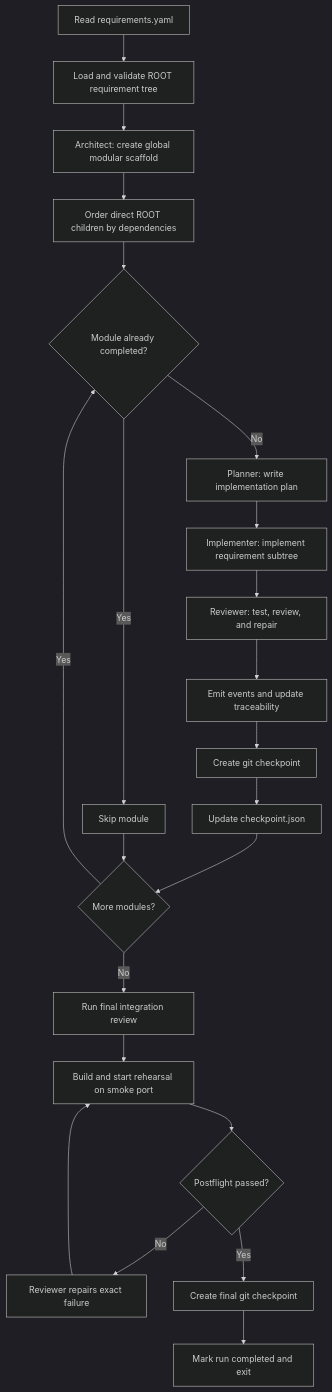
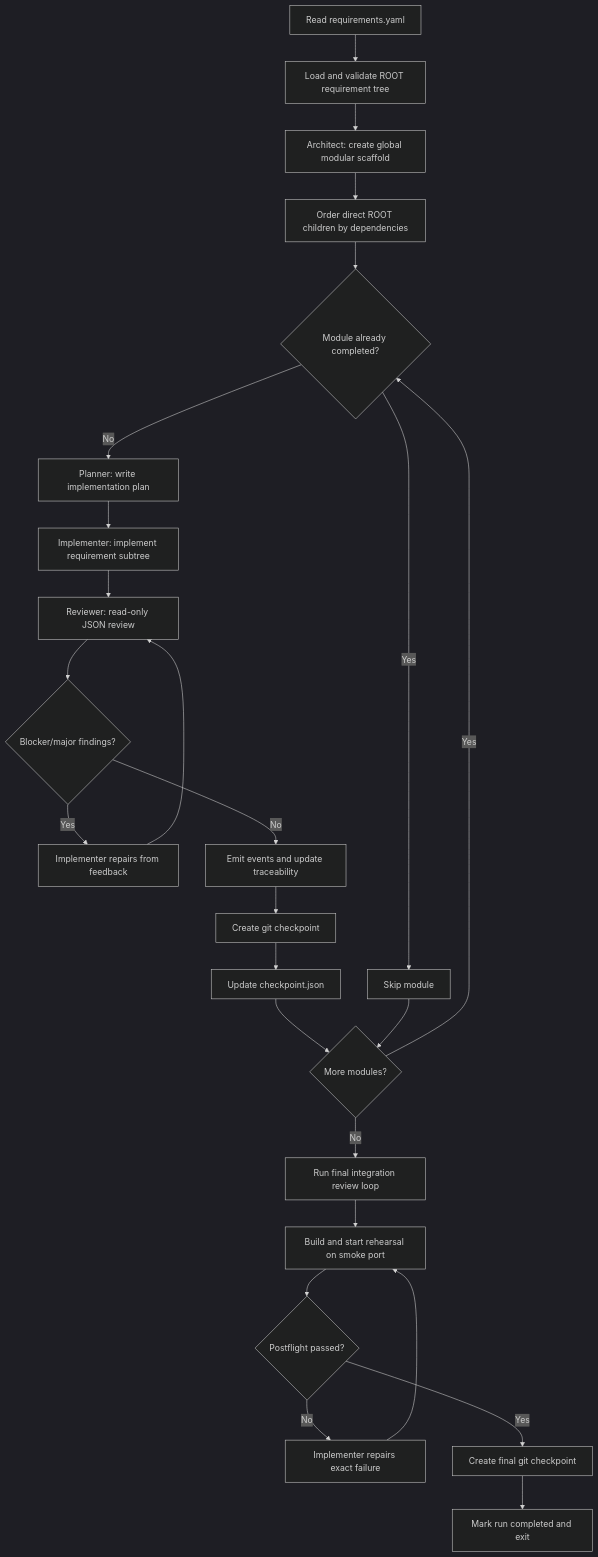
Before and after one commit to onewesong/hafleet-arc: the diagram in README.md, drawn with Mermaid (dark theme). The commit also changed other lines of this file and 19 other files, not shown here.

````diff
--- a/README.md
+++ b/README.md
@@ -32,24 +32,27 @@
 ```mermaid
 flowchart TD
     A["Read requirements.yaml"] --> B["Load and validate ROOT requirement tree"]
     B --> C["Architect: create global modular scaffold"]
     C --> D["Order direct ROOT children by dependencies"]
     D --> E{"Module already completed?"}
     E -- "Yes" --> F["Skip module"]
     E -- "No" --> G["Planner: write implementation plan"]
     G --> H["Implementer: implement requirement subtree"]
-    H --> I["Reviewer: test, review, and repair"]
-    I --> J["Emit events and update traceability"]
-    J --> K["Create git checkpoint"]
-    K --> L["Update checkpoint.json"]
-    L --> M{"More modules?"}
-    F --> M
-    M -- "Yes" --> E
-    M -- "No" --> N["Run final integration review"]
-    N --> O["Build and start rehearsal on smoke port"]
-    O --> P{"Postflight passed?"}
-    P -- "No" --> Q["Reviewer repairs exact failure"]
-    Q --> O
-    P -- "Yes" --> R["Create final git checkpoint"]
-    R --> S["Mark run completed and exit"]
+    H --> I["Reviewer: read-only JSON review"]
+    I --> J{"Blocker/major findings?"}
+    J -- "Yes" --> K["Implementer repairs from feedback"]
+    K --> I
+    J -- "No" --> L["Emit events and update traceability"]
+    L --> M["Create git checkpoint"]
+    M --> N["Update checkpoint.json"]
+    N --> O{"More modules?"}
+    F --> O
+    O -- "Yes" --> E
+    O -- "No" --> P["Run final integration review loop"]
+    P --> Q["Build and start rehearsal on smoke port"]
+    Q --> R{"Postflight passed?"}
+    R -- "No" --> S["Implementer repairs exact failure"]
+    S --> Q
+    R -- "Yes" --> T["Create final git checkpoint"]
+    T --> U["Mark run completed and exit"]
 ```
````
